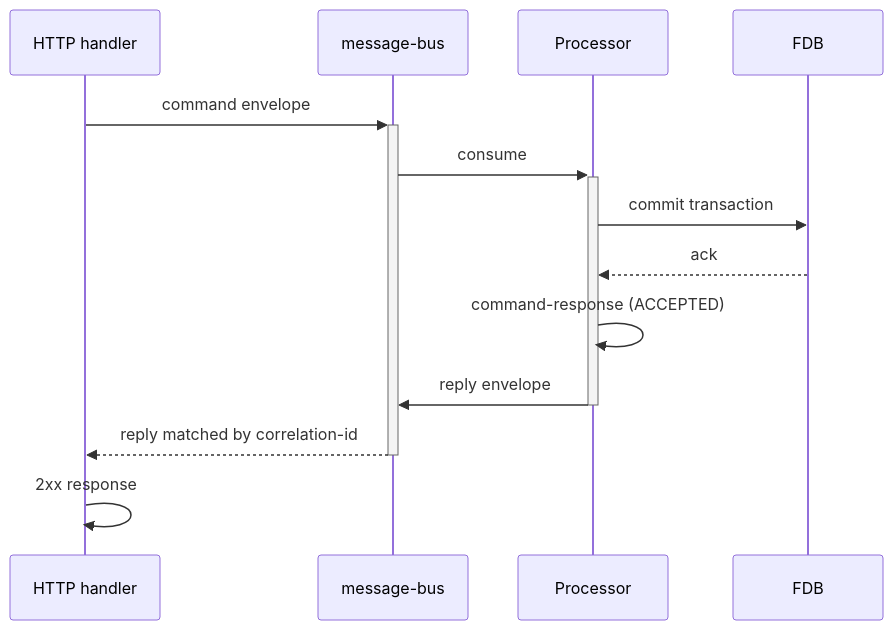
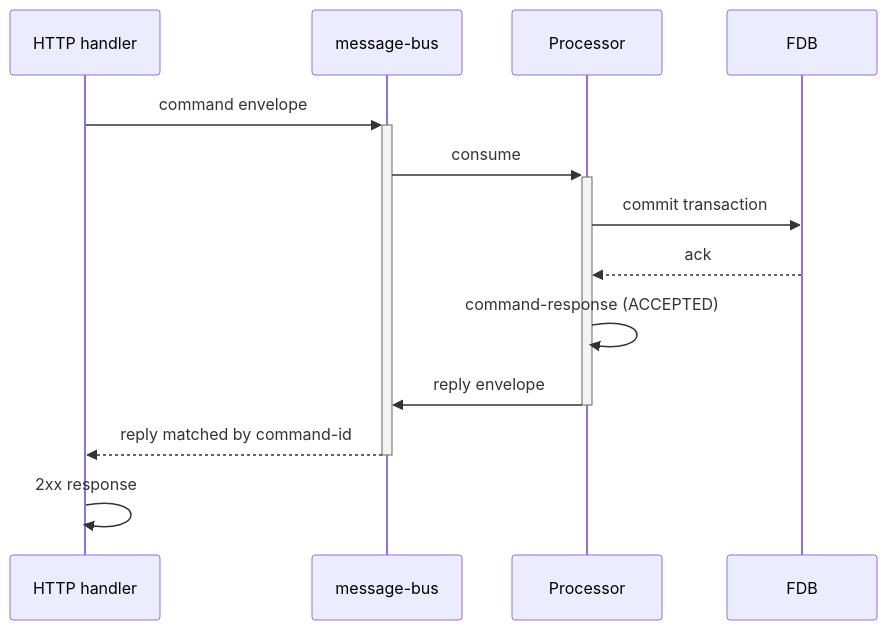
One commit to kjothen/queenswood changed the second of 6 diagrams in docs/tdd/transaction-processing.md. Above: the diagram before and after it, drawn with Mermaid. The commit also changed other lines of this file and 7 other files, not shown here.

````diff
--- a/docs/tdd/transaction-processing.md
+++ b/docs/tdd/transaction-processing.md
@@ -156,16 +164,16 @@
 ```mermaid
 sequenceDiagram
     participant H as HTTP handler
     participant B as message-bus
     participant P as Processor
     participant F as FDB
 
     H->>+B: command envelope
     B->>+P: consume
     P->>F: commit transaction
     F-->>P: ack
     P->>P: command-response (ACCEPTED)
     P->>-B: reply envelope
-    B-->>-H: reply matched by correlation-id
+    B-->>-H: reply matched by command-id
     H->>H: 2xx response
 ```
````
